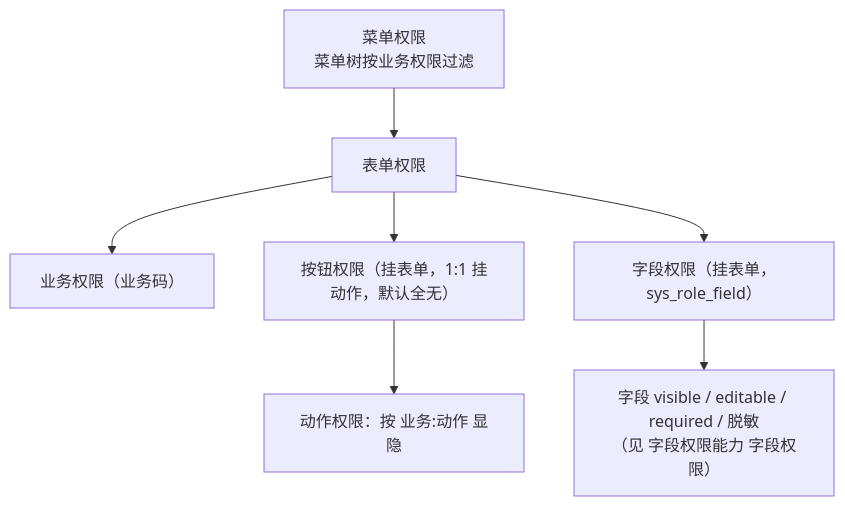
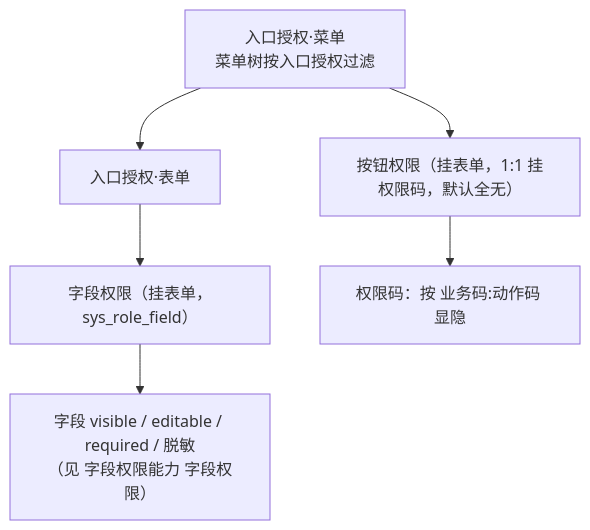
One commit to minjian123/basic-management-system changed the diagram in bms文档/设计/组件设计/09_基础类/02_组件设计_权限指令/02_组件设计_权限指令.md. Above: the diagram before and after it, drawn with Mermaid. The commit also changed other lines of this file and 96 other files, not shown here.

First line of the commit message:
docs(rbac): 三词分治口径统一对齐（业务码/动作码/权限码）

````diff
--- a/bms文档/设计/组件设计/09_基础类/02_组件设计_权限指令/02_组件设计_权限指令.md
+++ b/bms文档/设计/组件设计/09_基础类/02_组件设计_权限指令/02_组件设计_权限指令.md
@@ -37,9 +37,8 @@
 ```mermaid
 graph TD
-    MENU["菜单权限<br/>菜单树按业务权限过滤"] --> FORM["表单权限"]
-    FORM --> BIZ["业务权限（业务码）"]
-    FORM --> BTN["按钮权限（挂表单，1:1 挂动作，默认全无）"]
+    MENU["入口授权·菜单<br/>菜单树按入口授权过滤"] --> FORM["入口授权·表单"]
+    MENU --> BTN["按钮权限（挂表单，1:1 挂权限码，默认全无）"]
     FORM --> FIELD["字段权限（挂表单，sys_role_field）"]
-    BTN --> ACT["动作权限：按 业务:动作 显隐"]
+    BTN --> ACT["权限码：按 业务码:动作码 显隐"]
     FIELD --> FE["字段 visible / editable / required / 脱敏<br/>（见 字段权限能力 字段权限）"]
 ```
````
